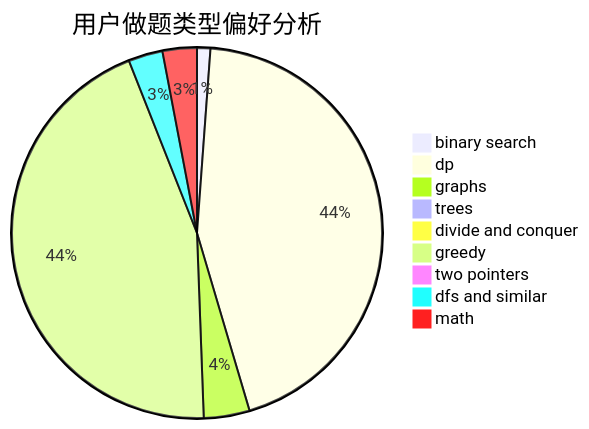
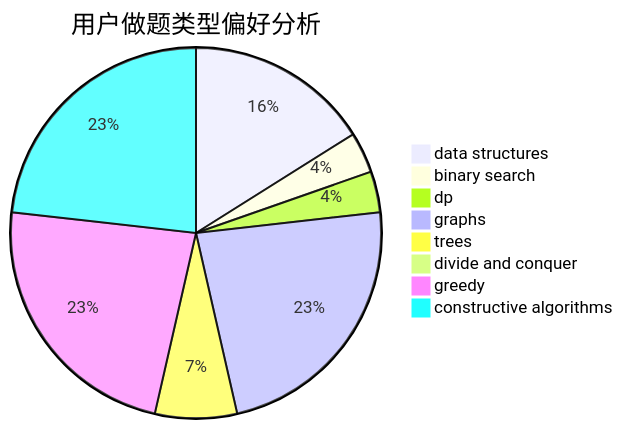
One commit to sherpahu/cfrs.github.io changed the second of 3 diagrams in docs/user/u1478.md. Above: the diagram before and after it, drawn with Mermaid. The commit also changed other lines of this file and 2775 other files, not shown here.

````diff
--- a/docs/user/u1478.md
+++ b/docs/user/u1478.md
@@ -23,12 +23,11 @@
 ```mermaid
 pie title 用户做题类型偏好分析
-    "binary search" :  7
-    "dp" :  266
-    "graphs" :  24
+    "data structures" :  9
+    "binary search" :  2
+    "dp" :  2
+    "graphs" :  13
     "trees" :  4
     "divide and conquer" :  0
-    "greedy" :  268
-    "two pointers" :  0
-    "dfs and similar" :  18
-    "math" :  18
+    "greedy" :  13
+    "constructive algorithms" :  13
 ```
````
